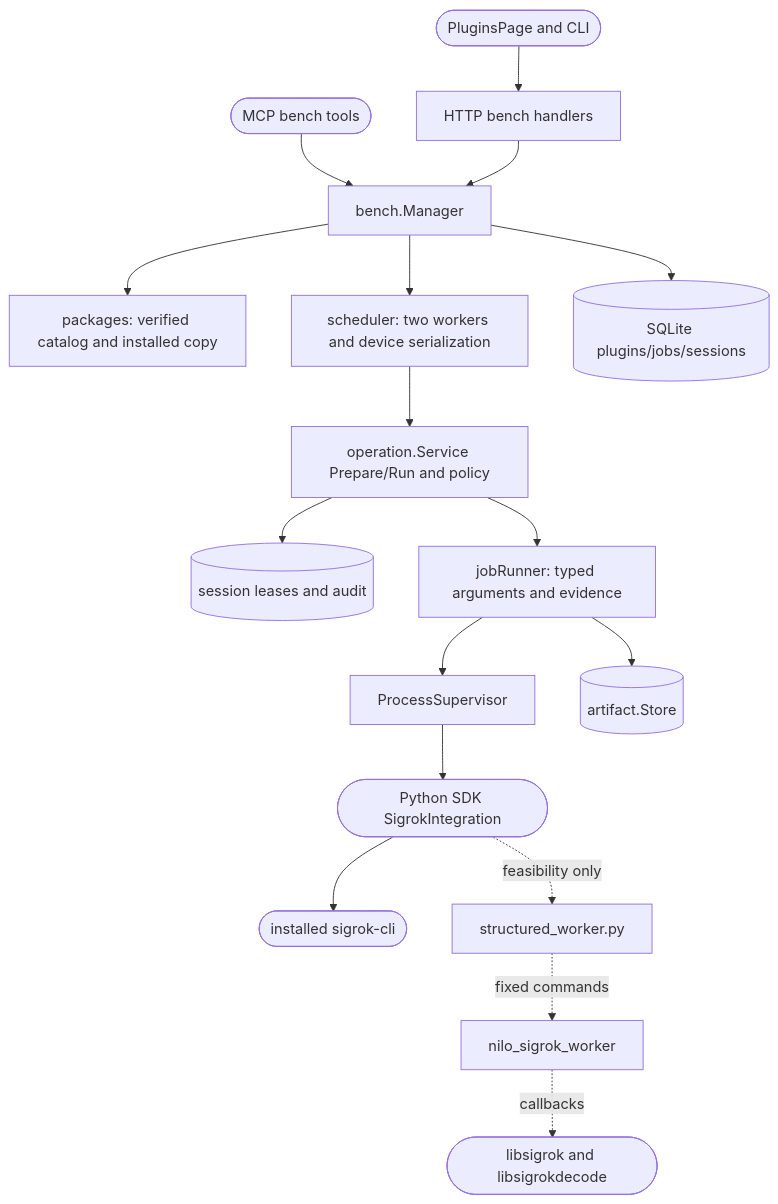
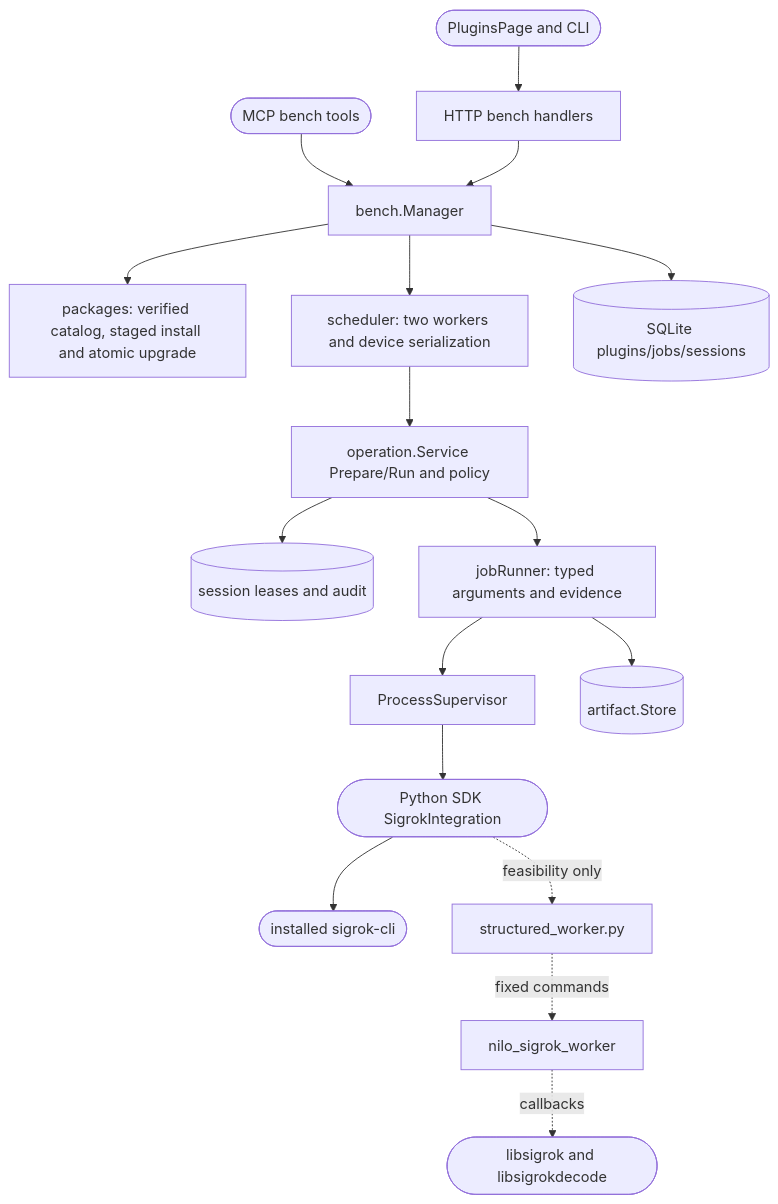
The diagram in .agentic/knowledge/bench-integrations.md (DDP-Engineering/2026_Networked_Intelligent_Lab_Orchestrator), drawn with Mermaid before and after one commit. The commit also changed other lines of this file and 86 other files, not shown here.

````diff
--- a/.agentic/knowledge/bench-integrations.md
+++ b/.agentic/knowledge/bench-integrations.md
@@ -82,19 +91,19 @@
 ```mermaid
 flowchart TD
     gui([PluginsPage and CLI]) --> http[HTTP bench handlers]
     mcp([MCP bench tools]) --> manager[bench.Manager]
     http --> manager
-    manager --> packages[packages: verified catalog and installed copy]
+    manager --> packages[packages: verified catalog, staged install and atomic upgrade]
     manager --> queue[scheduler: two workers and device serialization]
     manager --> db[(SQLite plugins/jobs/sessions)]
     queue --> operation[operation.Service Prepare/Run and policy]
     operation --> leases[(session leases and audit)]
     operation --> adapter[jobRunner: typed arguments and evidence]
     adapter --> supervisor[ProcessSupervisor]
     supervisor --> sdk([Python SDK SigrokIntegration])
     sdk --> cli([installed sigrok-cli])
     sdk -. feasibility only .-> structured[structured_worker.py]
     structured -. fixed commands .-> native[nilo_sigrok_worker]
     native -. callbacks .-> libraries([libsigrok and libsigrokdecode])
     adapter --> artifacts[(artifact.Store)]
 ```
````
